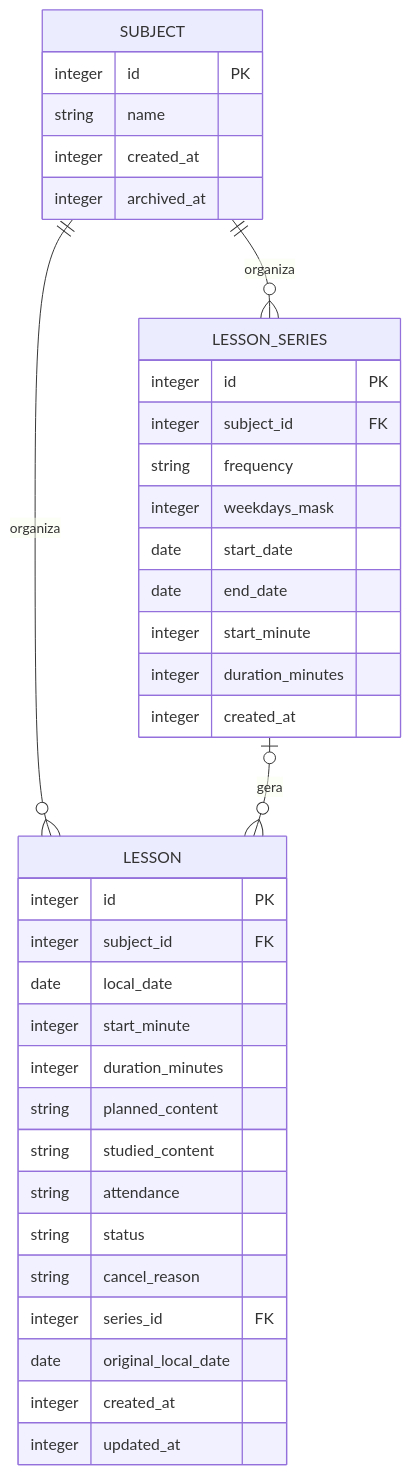
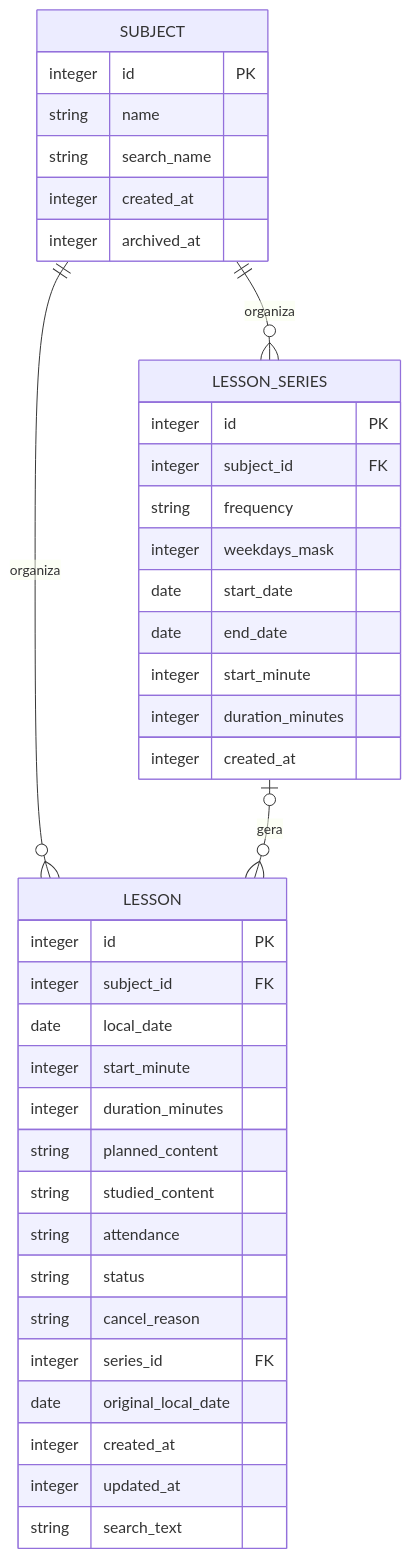
The diagram in docs/offline-first.md (MateusKraiewski/controle-aluno-app), drawn with Mermaid before and after one commit. The commit also changed other lines of this file and 4 other files, not shown here.

First line of the commit message:
docs: record backup/restore, delete-all, schema v3 search and QA evidence

````diff
--- a/docs/offline-first.md
+++ b/docs/offline-first.md
@@ -18,9 +18,9 @@
 ```mermaid
 erDiagram
   SUBJECT ||--o{ LESSON : organiza
   SUBJECT ||--o{ LESSON_SERIES : organiza
   LESSON_SERIES |o--o{ LESSON : gera
-  SUBJECT { integer id PK string name integer created_at integer archived_at }
+  SUBJECT { integer id PK string name string search_name integer created_at integer archived_at }
   LESSON_SERIES { integer id PK integer subject_id FK string frequency integer weekdays_mask date start_date date end_date integer start_minute integer duration_minutes integer created_at }
-  LESSON { integer id PK integer subject_id FK date local_date integer start_minute integer duration_minutes string planned_content string studied_content string attendance string status string cancel_reason integer series_id FK date original_local_date integer created_at integer updated_at }
+  LESSON { integer id PK integer subject_id FK date local_date integer start_minute integer duration_minutes string planned_content string studied_content string attendance string status string cancel_reason integer series_id FK date original_local_date integer created_at integer updated_at string search_text }
 ```
````
